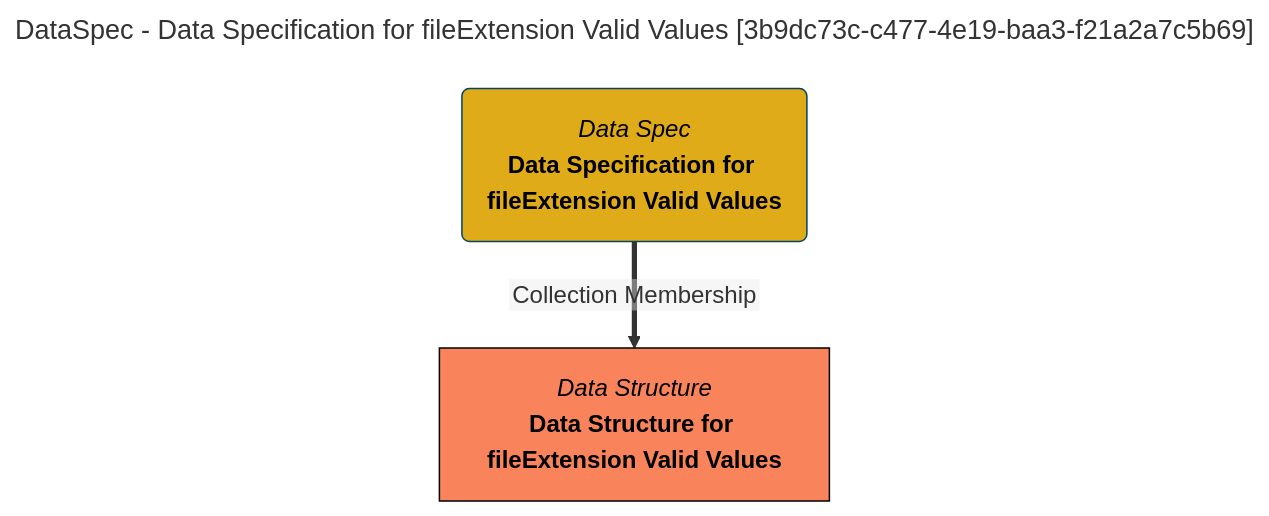
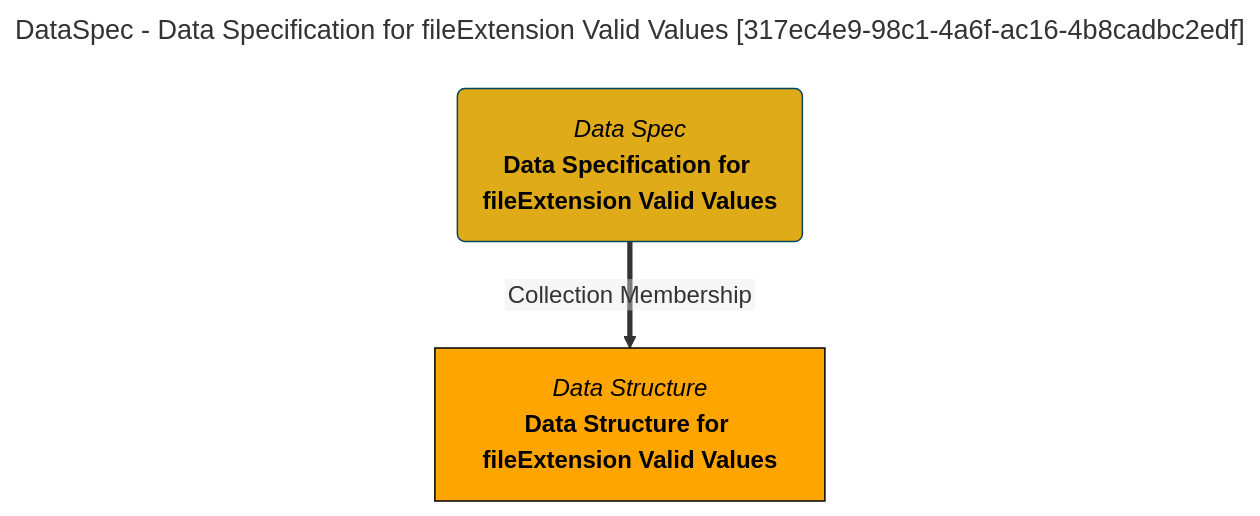
The diagram in site/snippets/collections/data-specs/data-specification-for-fileextension-valid-values-mermaid-graph.md (odpi/egeria-docs), drawn with Mermaid before and after one commit. The commit also changed 2201 other files, not shown here.

````diff
--- a/site/snippets/collections/data-specs/data-specification-for-fileextension-valid-values-mermaid-graph.md
+++ b/site/snippets/collections/data-specs/data-specification-for-fileextension-valid-values-mermaid-graph.md
@@ -1,15 +1,15 @@
 ```mermaid
 ---
-title: DataSpec - Data Specification for fileExtension Valid Values [3b9dc73c-c477-4e19-baa3-f21a2a7c5b69]
+title: DataSpec - Data Specification for fileExtension Valid Values [317ec4e9-98c1-4a6f-ac16-4b8cadbc2edf]
 ---
 flowchart TD
 %%{init: {"flowchart": {"htmlLabels": false}} }%%
 
 1@{ shape: rounded, label: "*Data Spec*
 **Data Specification for fileExtension Valid Values**"}
 2@{ shape: rect, label: "*Data Structure*
 **Data Structure for fileExtension Valid Values**"}
 1==>|"Collection Membership"|2
 style 1 color:#000000, fill:#e0ab18, stroke:#004563
-style 2 color:#000000, fill:#f9845b, stroke:#000000
+style 2 color:#000000, fill:#FFA500, stroke:#000000
 ```
````
